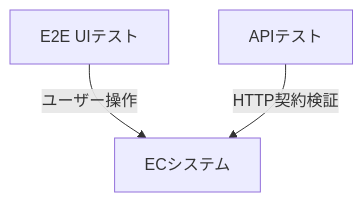
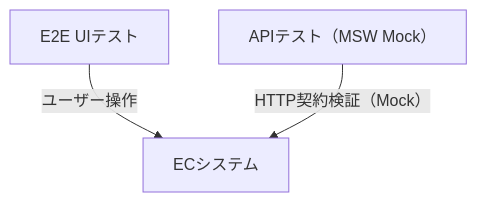
The third of 5 diagrams in README.md (Infinity941020/playwright-demo), drawn with Mermaid before and after one commit. The commit also changed other lines of this file and 1 other file, not shown here.

Commit message:
docs: refine README architecture and testing strategy

````diff
--- a/README.md
+++ b/README.md
@@ -359,10 +408,10 @@
 ```mermaid
 flowchart TD
 
 UI["E2E UIテスト"]
-API["APIテスト"]
+API["APIテスト（MSW Mock）"]
 System["ECシステム"]
 
 UI -->|"ユーザー操作"| System
-API -->|"HTTP契約検証"| System
+API -->|"HTTP契約検証（Mock）"| System
 ```
````
